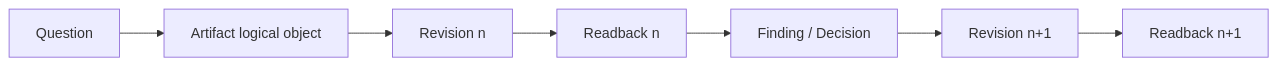
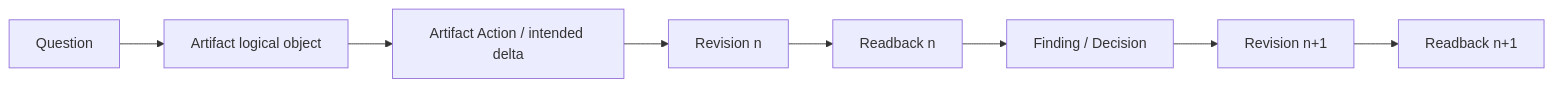
One commit to Jiaosong/Design changed the first of 3 diagrams in product-docs/v0.3/nodes/N06_ARTIFACTS.md. Above: the diagram before and after it, drawn with Mermaid. The commit also changed other lines of this file and 71 other files, not shown here.

````diff
--- a/product-docs/v0.3/nodes/N06_ARTIFACTS.md
+++ b/product-docs/v0.3/nodes/N06_ARTIFACTS.md
@@ -20,9 +20,10 @@
 ```mermaid
 flowchart LR
     Q[Question] --> A[Artifact logical object]
-    A --> R1[Revision n]
+    A --> ACT[Artifact Action / intended delta]
+    ACT --> R1[Revision n]
     R1 --> RB1[Readback n]
     RB1 --> F[Finding / Decision]
     F --> R2[Revision n+1]
     R2 --> RB2[Readback n+1]
 ```
````
